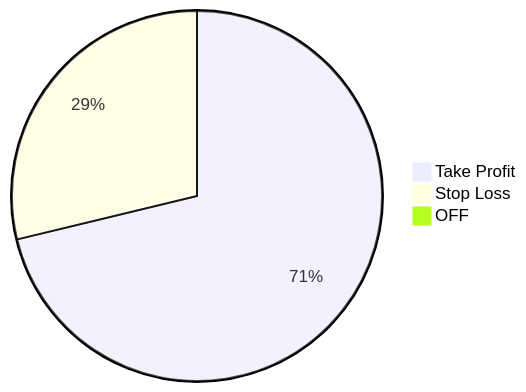
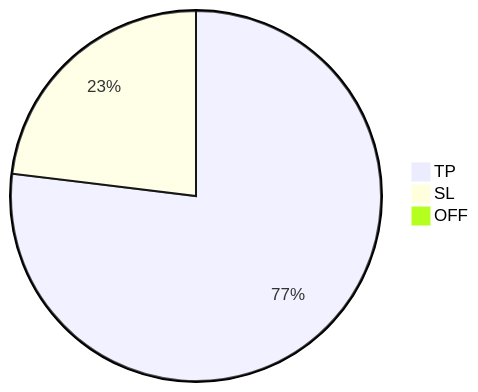
Before and after one commit to shifufx/jekyll-uno: the diagram in _posts/2022-10-1-october-result.md, drawn with Mermaid. The commit also changed other lines of this file and 3 other files, not shown here.

```diff
--- a/_posts/2022-10-1-october-result.md
+++ b/_posts/2022-10-1-october-result.md
@@ -51,7 +53,7 @@
 <div class="mermaid">
 
 pie title 
-    "Take Profit" : 52
-    "Stop Loss" : 21
+    "TP" : 70
+    "SL" : 21
     "OFF" : 0
 </div>
```
